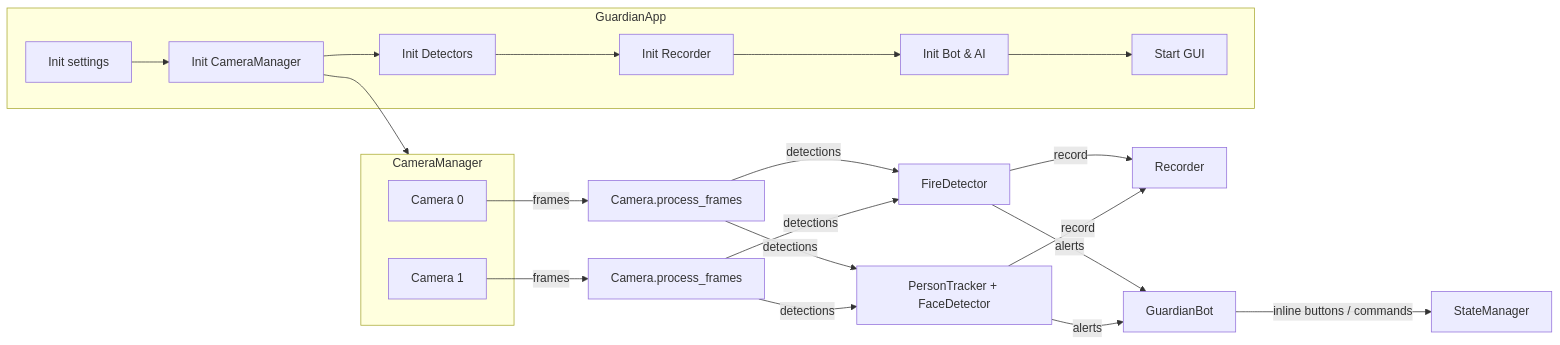
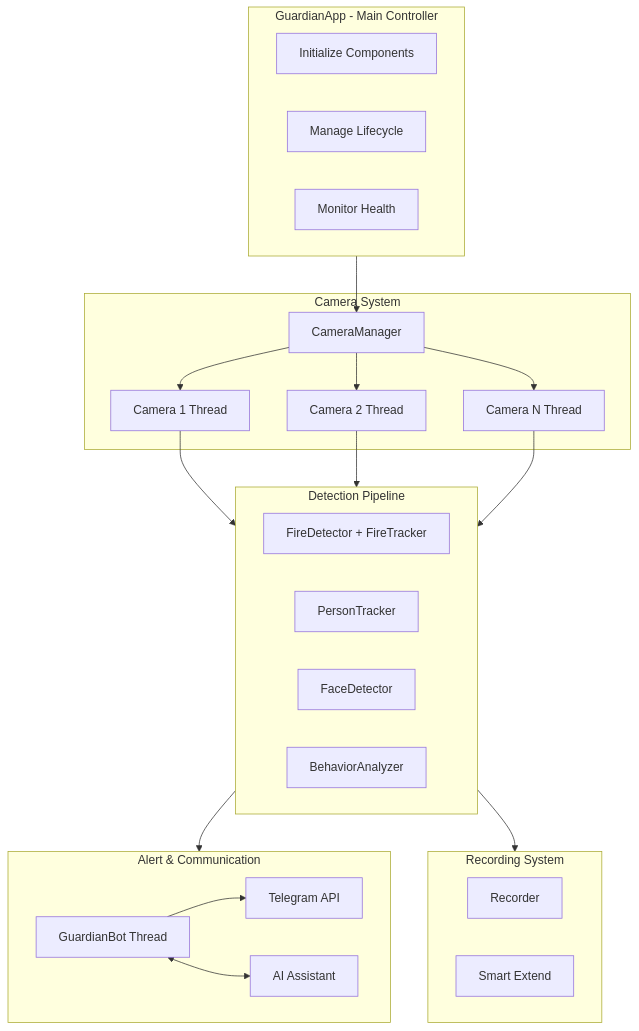
Before and after one commit to huyhapitk12/GuardianAI: the first of 4 diagrams in docs/architecture.md, drawn with Mermaid. The commit also changed other lines of this file and 52 other files, not shown here.

````diff
--- a/docs/architecture.md
+++ b/docs/architecture.md
@@ -22,34 +11,41 @@
 ```mermaid
-flowchart LR
-  subgraph App[GuardianApp]
-    A1[Init settings]
-    A2[Init CameraManager]
-    A3[Init Detectors]
-    A4[Init Recorder]
-    A5[Init Bot & AI]
-    A6[Start GUI]
-  end
-
-  subgraph CM[CameraManager]
-    C1[Camera 0]
-    C2[Camera 1]
-  end
-
-  A1 --> A2 --> CM
-  A2 --> A3 --> A4 --> A5 --> A6
-
-  C1 -->|frames| P1[Camera.process_frames]
-  C2 -->|frames| P2[Camera.process_frames]
-
-  P1 -->|detections| D1[FireDetector]
-  P1 -->|detections| D2[PersonTracker + FaceDetector]
-  P2 -->|detections| D1
-  P2 -->|detections| D2
-
-  D1 -->|alerts| B1[GuardianBot]
-  D2 -->|alerts| B1
-  D1 -->|record| R1[Recorder]
-  D2 -->|record| R1
-
-  B1 -->|inline buttons / commands| SM[StateManager]
+graph TB
+    subgraph Application[GuardianApp - Main Controller]
+        A1[Initialize Components]
+        A2[Manage Lifecycle]
+        A3[Monitor Health]
+    end
+    
+    subgraph CameraSystem[Camera System]
+        CM[CameraManager]
+        C1[Camera 1 Thread]
+        C2[Camera 2 Thread]
+        C3[Camera N Thread]
+    end
+    
+    subgraph Detection[Detection Pipeline]
+        FD[FireDetector + FireTracker]
+        PT[PersonTracker]
+        FC[FaceDetector]
+        BA[BehaviorAnalyzer]
+    end
+    
+    subgraph AlertSystem[Alert & Communication]
+        Bot[GuardianBot Thread]
+        AI[AI Assistant]
+        TG[Telegram API]
+    end
+    
+    subgraph Recording[Recording System]
+        REC[Recorder]
+        SE[Smart Extend]
+    end
+    
+    Application --> CM
+    CM --> C1 & C2 & C3
+    C1 & C2 & C3 --> Detection
+    Detection --> AlertSystem
+    Detection --> Recording
+    Bot --> TG
+    Bot <--> AI
 ```
````
